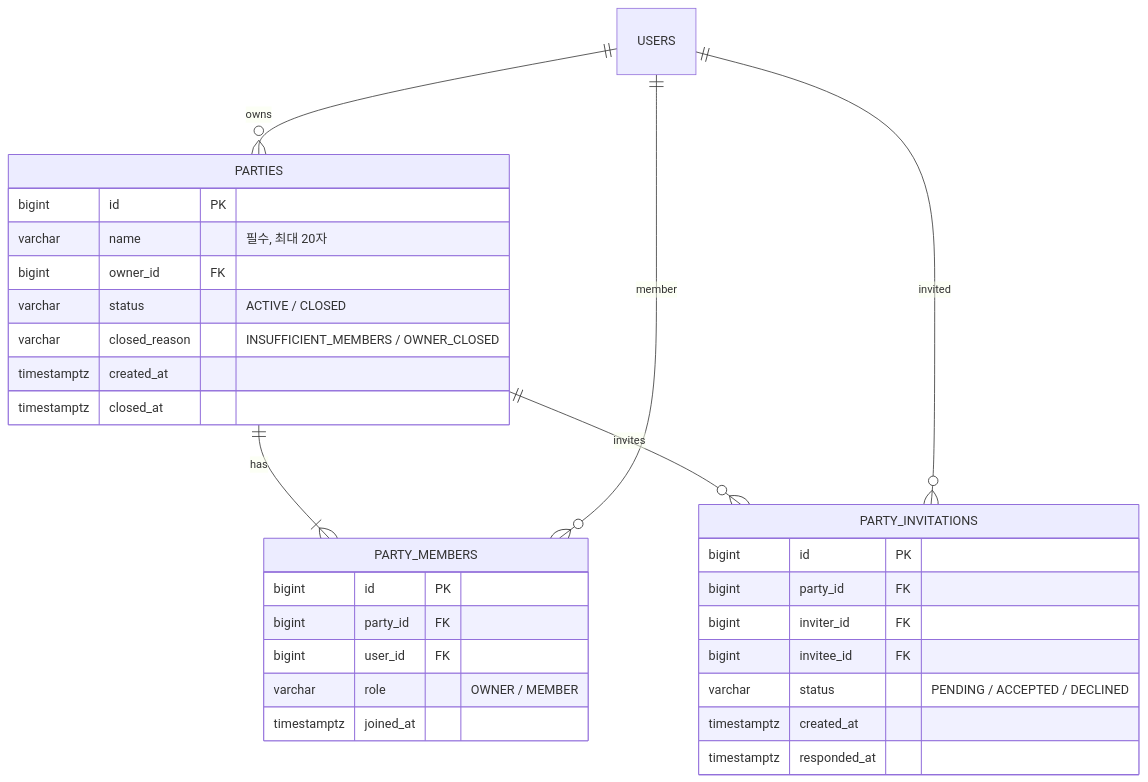
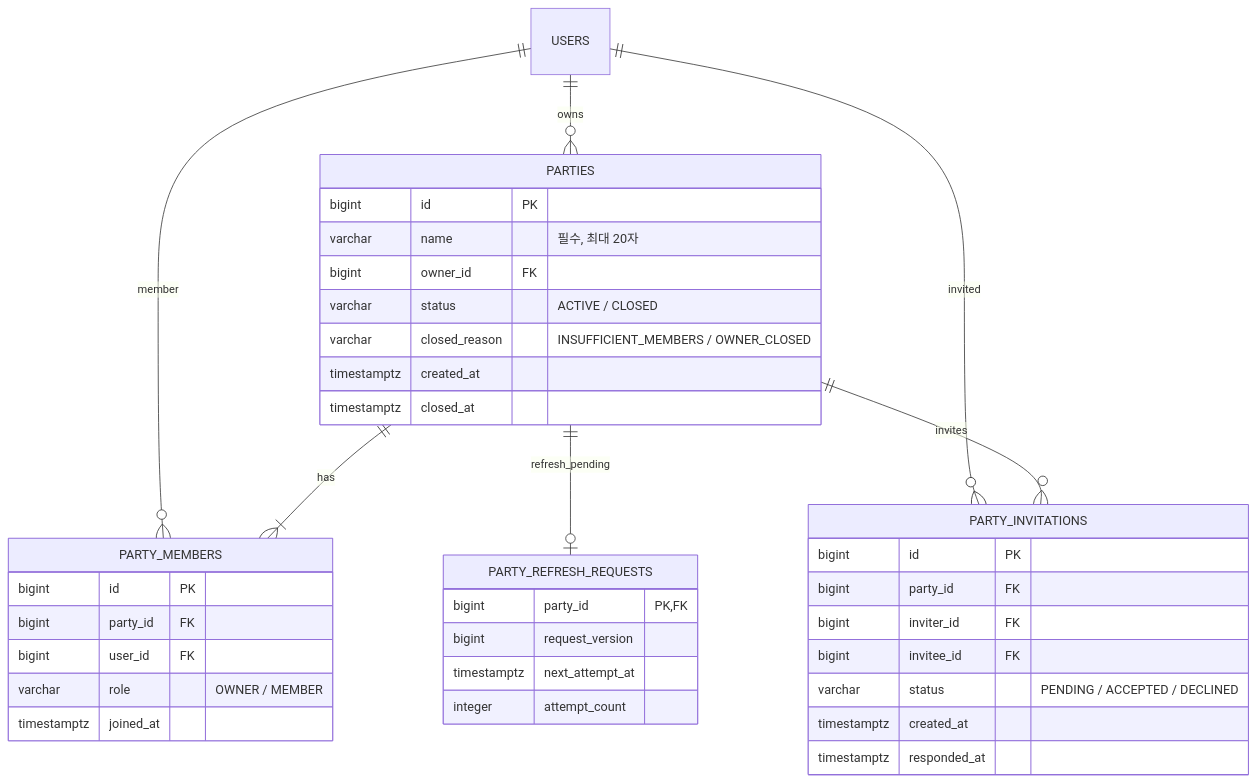
The sixth of 8 diagrams in docs/erd.md (koongya-studio/feelm), drawn with Mermaid before and after one commit. The commit also changed other lines of this file and 31 other files, not shown here.

````diff
--- a/docs/erd.md
+++ b/docs/erd.md
@@ -349,34 +349,41 @@
 ```mermaid
 erDiagram
     PARTIES {
         bigint id PK
         varchar name "필수, 최대 20자"
         bigint owner_id FK
         varchar status "ACTIVE / CLOSED"
         varchar closed_reason "INSUFFICIENT_MEMBERS / OWNER_CLOSED"
         timestamptz created_at
         timestamptz closed_at
     }
     PARTY_MEMBERS {
         bigint id PK
         bigint party_id FK
         bigint user_id FK
         varchar role "OWNER / MEMBER"
         timestamptz joined_at
     }
     PARTY_INVITATIONS {
         bigint id PK
         bigint party_id FK
         bigint inviter_id FK
         bigint invitee_id FK
         varchar status "PENDING / ACCEPTED / DECLINED"
         timestamptz created_at
         timestamptz responded_at
     }
+    PARTY_REFRESH_REQUESTS {
+        bigint party_id PK, FK
+        bigint request_version
+        timestamptz next_attempt_at
+        integer attempt_count
+    }
 
     USERS ||--o{ PARTIES : owns
     PARTIES ||--|{ PARTY_MEMBERS : has
     USERS ||--o{ PARTY_MEMBERS : member
     PARTIES ||--o{ PARTY_INVITATIONS : invites
+    PARTIES ||--o| PARTY_REFRESH_REQUESTS : refresh_pending
     USERS ||--o{ PARTY_INVITATIONS : invited
 ```
````
